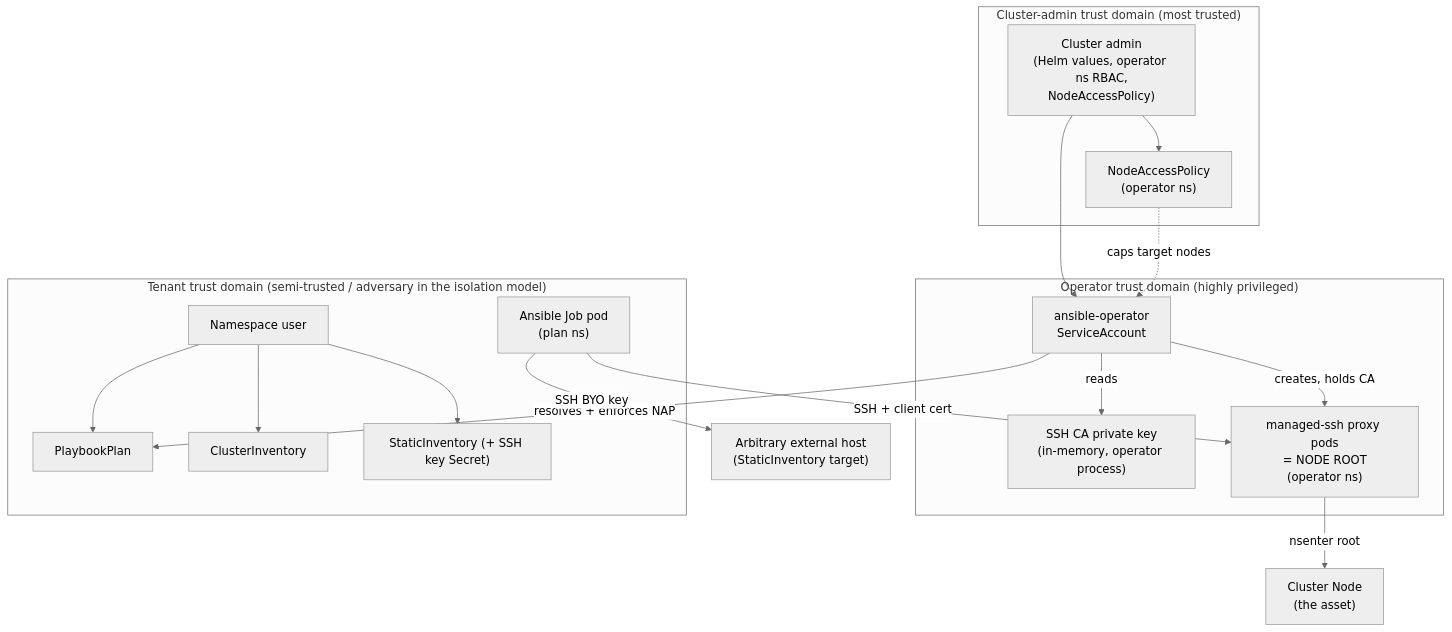
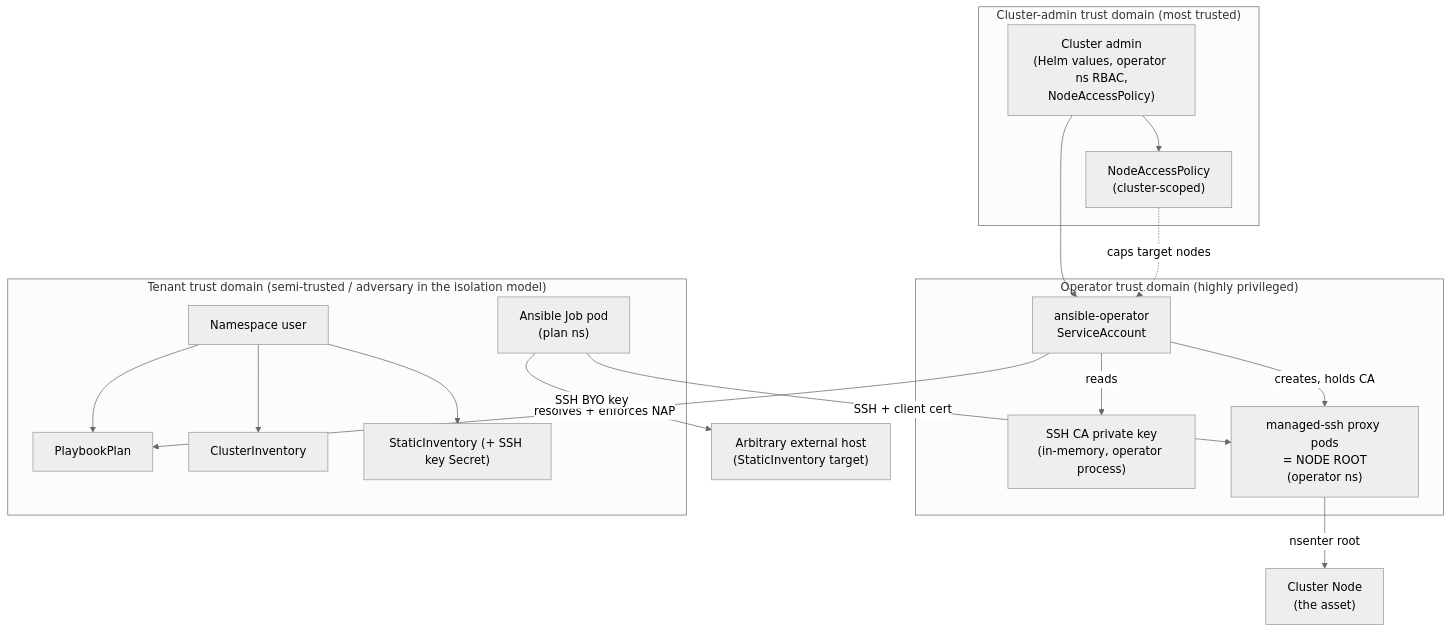
The diagram in THREAT_MODEL.md (webD97/ansible-operator), drawn with Mermaid (neutral theme) before and after one commit. The commit also changed other lines of this file and 13 other files, not shown here.

Commit message:
feat: make NodeAccessPolicy a cluster-scoped resource

````diff
--- a/THREAT_MODEL.md
+++ b/THREAT_MODEL.md
@@ -56,35 +56,35 @@
 ```mermaid
 flowchart TB
   subgraph AdminDomain["Cluster-admin trust domain (most trusted)"]
     Admin["Cluster admin\n(Helm values, operator ns RBAC,\nNodeAccessPolicy)"]
-    NAP["NodeAccessPolicy\n(operator ns)"]
+    NAP["NodeAccessPolicy\n(cluster-scoped)"]
   end
 
   subgraph OperatorDomain["Operator trust domain (highly privileged)"]
     Operator["ansible-operator\nServiceAccount"]
     CA["SSH CA private key\n(in-memory, operator process)"]
     Proxy["managed-ssh proxy pods\n= NODE ROOT\n(operator ns)"]
   end
 
   subgraph TenantDomain["Tenant trust domain (semi-trusted / adversary in the isolation model)"]
     Tenant["Namespace user"]
     PP["PlaybookPlan"]
     CI["ClusterInventory"]
     SI["StaticInventory (+ SSH key Secret)"]
     Job["Ansible Job pod\n(plan ns)"]
   end
 
   Node["Cluster Node\n(the asset)"]
   Ext["Arbitrary external host\n(StaticInventory target)"]
 
   Admin --> NAP
   Admin --> Operator
   Tenant --> PP & CI & SI
   Operator -->|resolves + enforces NAP| PP
   Operator -->|creates, holds CA| Proxy
   Operator -->|reads| CA
   Job -->|SSH + client cert| Proxy
   Proxy -->|nsenter root| Node
   Job -->|SSH BYO key| Ext
   NAP -.->|caps target nodes| Operator
 ```
````
